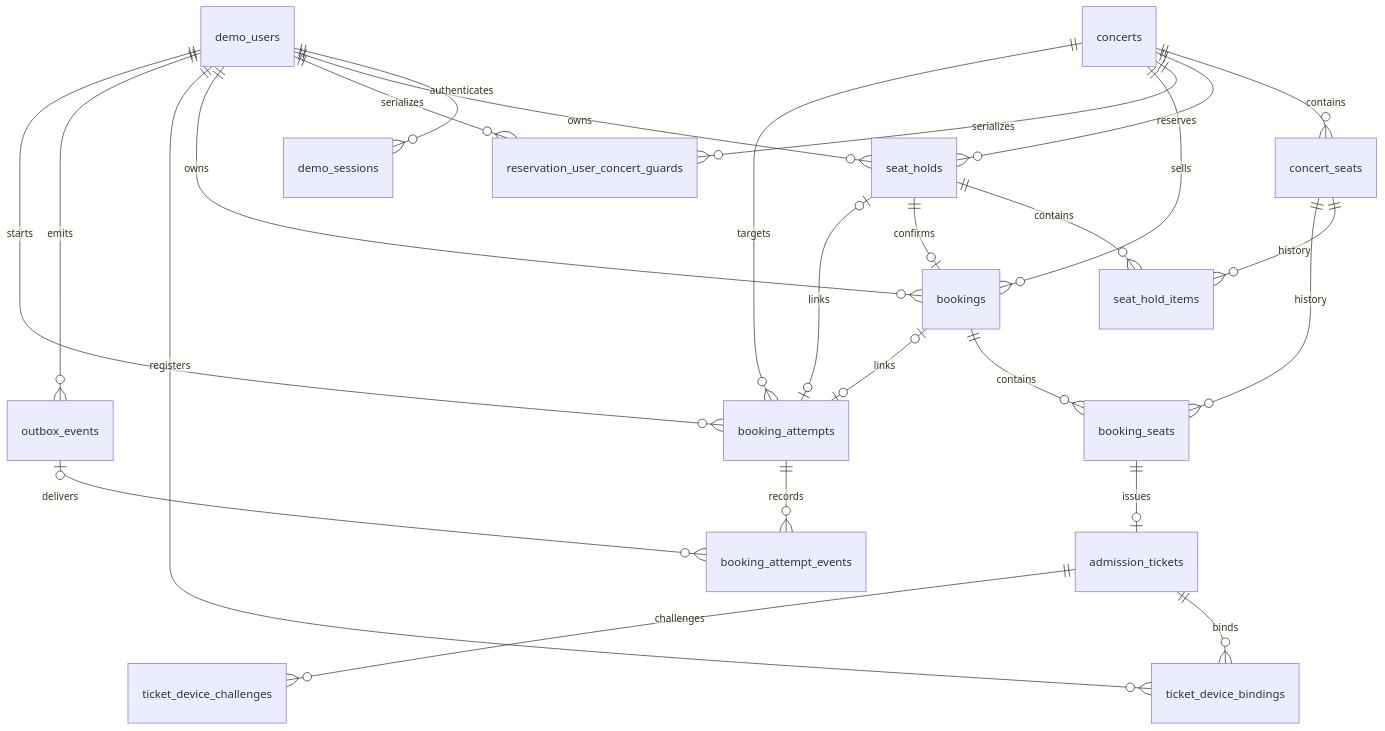
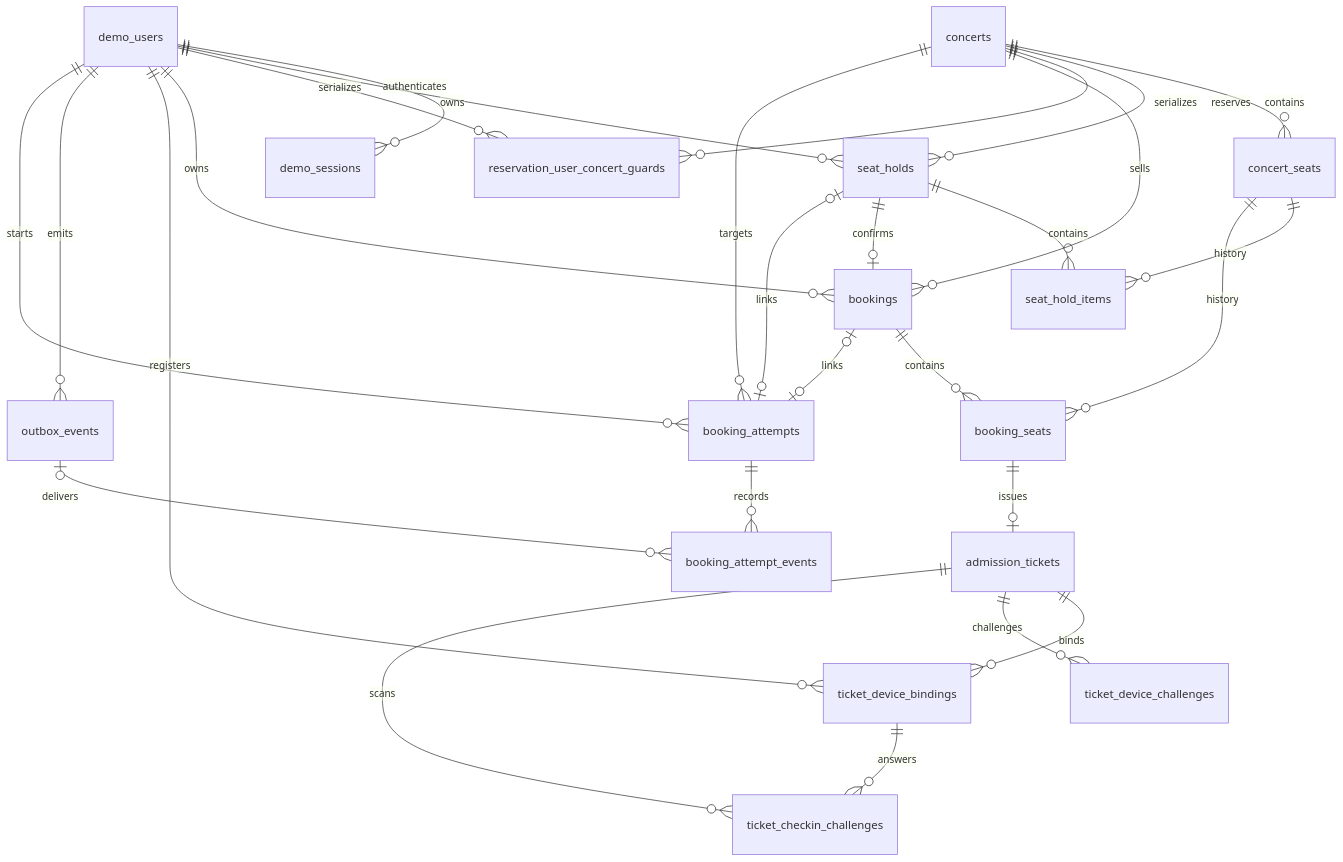
One commit to CD-BTS/ticket-fds-demo-ticketing changed the diagram in docs/erd.md. Above: the diagram before and after it, drawn with Mermaid. The commit also changed other lines of this file and 20 other files, not shown here.

````diff
--- a/docs/erd.md
+++ b/docs/erd.md
@@ -11,27 +11,29 @@
 ```mermaid
 erDiagram
   demo_users ||--o{ demo_sessions : authenticates
   demo_users ||--o{ seat_holds : owns
   concerts ||--o{ concert_seats : contains
   concerts ||--o{ seat_holds : reserves
   demo_users ||--o{ reservation_user_concert_guards : serializes
   concerts ||--o{ reservation_user_concert_guards : serializes
   seat_holds ||--o{ seat_hold_items : contains
   concert_seats ||--o{ seat_hold_items : history
   seat_holds ||--o| bookings : confirms
   demo_users ||--o{ bookings : owns
   concerts ||--o{ bookings : sells
   bookings ||--o{ booking_seats : contains
   concert_seats ||--o{ booking_seats : history
   booking_seats ||--o| admission_tickets : issues
   admission_tickets ||--o{ ticket_device_bindings : binds
   admission_tickets ||--o{ ticket_device_challenges : challenges
+  admission_tickets ||--o{ ticket_checkin_challenges : scans
+  ticket_device_bindings ||--o{ ticket_checkin_challenges : answers
   demo_users ||--o{ ticket_device_bindings : registers
   demo_users ||--o{ outbox_events : emits
   demo_users ||--o{ booking_attempts : starts
   concerts ||--o{ booking_attempts : targets
   seat_holds o|--o| booking_attempts : links
   bookings o|--o| booking_attempts : links
   booking_attempts ||--o{ booking_attempt_events : records
   outbox_events o|--o{ booking_attempt_events : delivers
 ```
````
